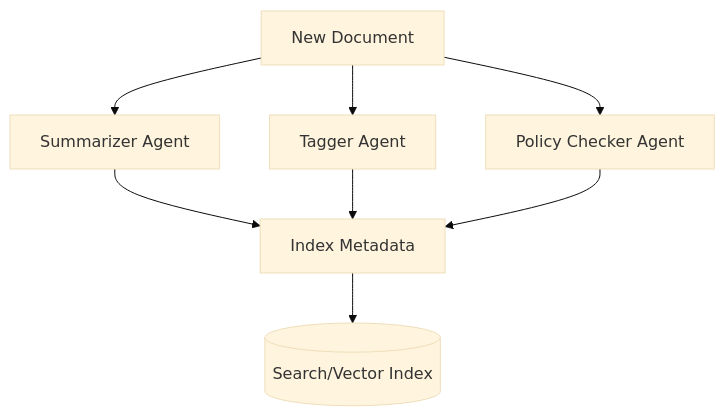
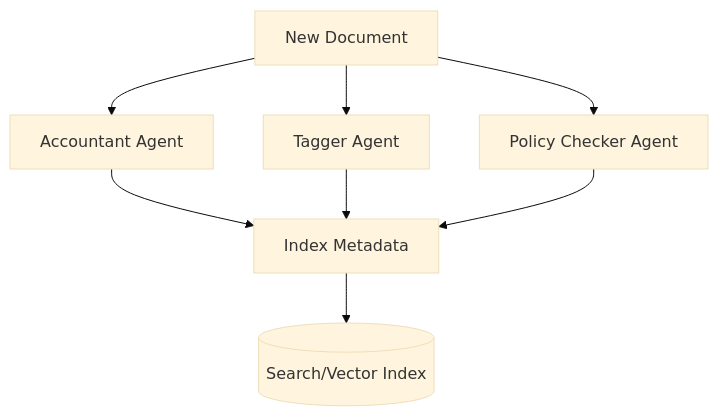
One commit to dmitry-buykin/llm-lab-katas changed the ninth of 9 diagrams in 6-patterns.md. Above: the diagram before and after it, drawn with Mermaid (base theme). The commit also changed other lines of this file, not shown here.

````diff
--- a/6-patterns.md
+++ b/6-patterns.md
@@ -326,10 +288,10 @@
 ```mermaid
 flowchart TD
-    Document["New Document"] --> Librarian1["Summarizer Agent"]
+    Document["New Document"] --> Librarian1["Accountant Agent"]
     Document --> Librarian2["Tagger Agent"]
     Document --> Librarian3["Policy Checker Agent"]
     Librarian1 --> Annotations["Index Metadata"]
     Librarian2 --> Annotations
     Librarian3 --> Annotations
     Annotations --> SearchIndex[(Search/Vector Index)]
 ```
````
